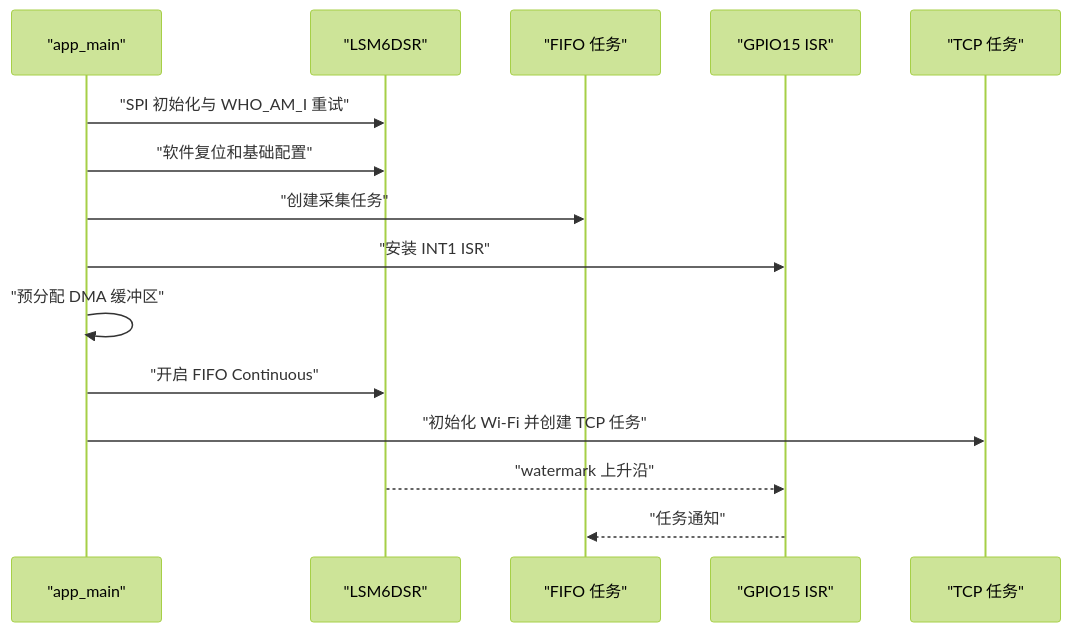
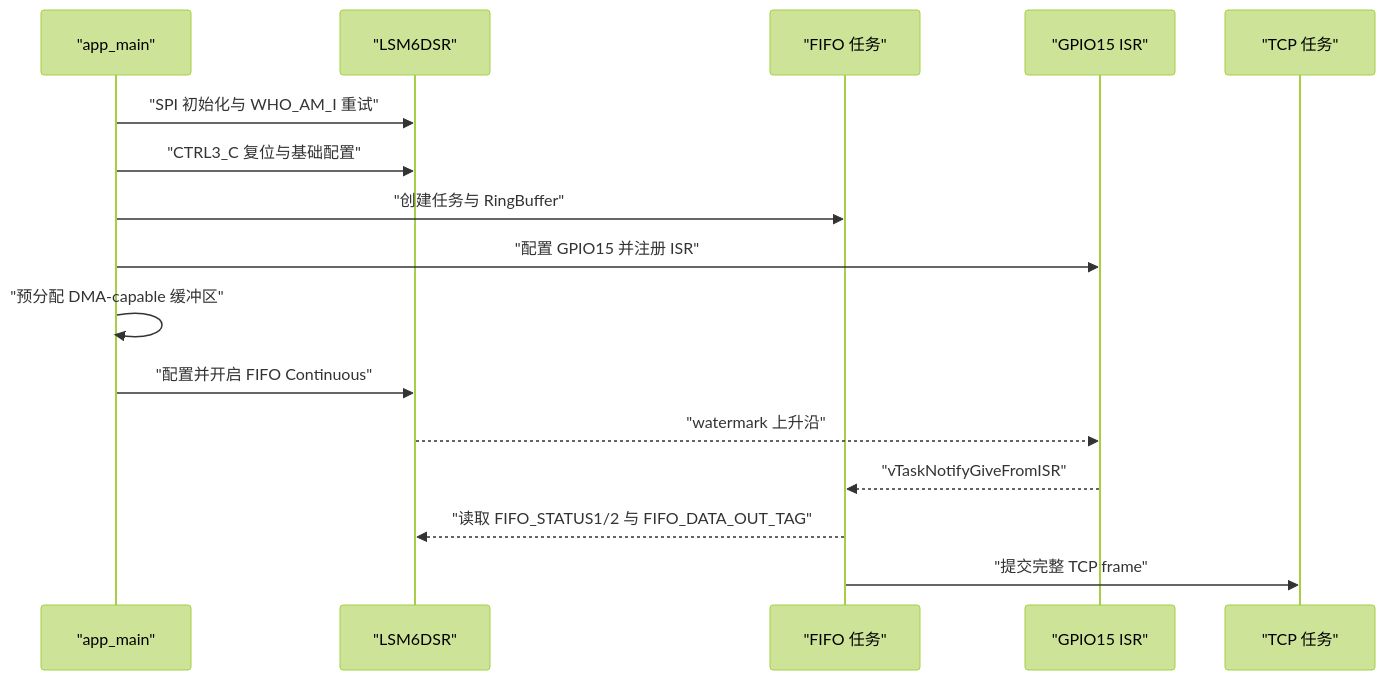
Before and after one commit to Zhaotianhao310/Obsidian-: the diagram in wiki/03-Middleware-Drivers/ESP32-S3-IMU/ESP32-S3 IMU 启动时序.md, drawn with Mermaid (forest theme). The commit also changed other lines of this file and 20 other files, not shown here.

```diff
--- a/wiki/03-Middleware-Drivers/ESP32-S3-IMU/ESP32-S3 IMU 启动时序.md
+++ b/wiki/03-Middleware-Drivers/ESP32-S3-IMU/ESP32-S3 IMU 启动时序.md
@@ -9,17 +18,18 @@
 ~~~mermaid
 sequenceDiagram
     participant App as "app_main"
     participant HW as "LSM6DSR"
     participant Task as "FIFO 任务"
     participant ISR as "GPIO15 ISR"
     participant Net as "TCP 任务"
     App->>HW: "SPI 初始化与 WHO_AM_I 重试"
-    App->>HW: "软件复位和基础配置"
-    App->>Task: "创建采集任务"
-    App->>ISR: "安装 INT1 ISR"
-    App->>App: "预分配 DMA 缓冲区"
-    App->>HW: "开启 FIFO Continuous"
-    App->>Net: "初始化 Wi-Fi 并创建 TCP 任务"
+    App->>HW: "CTRL3_C 复位与基础配置"
+    App->>Task: "创建任务与 RingBuffer"
+    App->>ISR: "配置 GPIO15 并注册 ISR"
+    App->>App: "预分配 DMA-capable 缓冲区"
+    App->>HW: "配置并开启 FIFO Continuous"
     HW-->>ISR: "watermark 上升沿"
-    ISR-->>Task: "任务通知"
+    ISR-->>Task: "vTaskNotifyGiveFromISR"
+    Task-->>HW: "读取 FIFO_STATUS1/2 与 FIFO_DATA_OUT_TAG"
+    Task->>Net: "提交完整 TCP frame"
 ~~~
```
